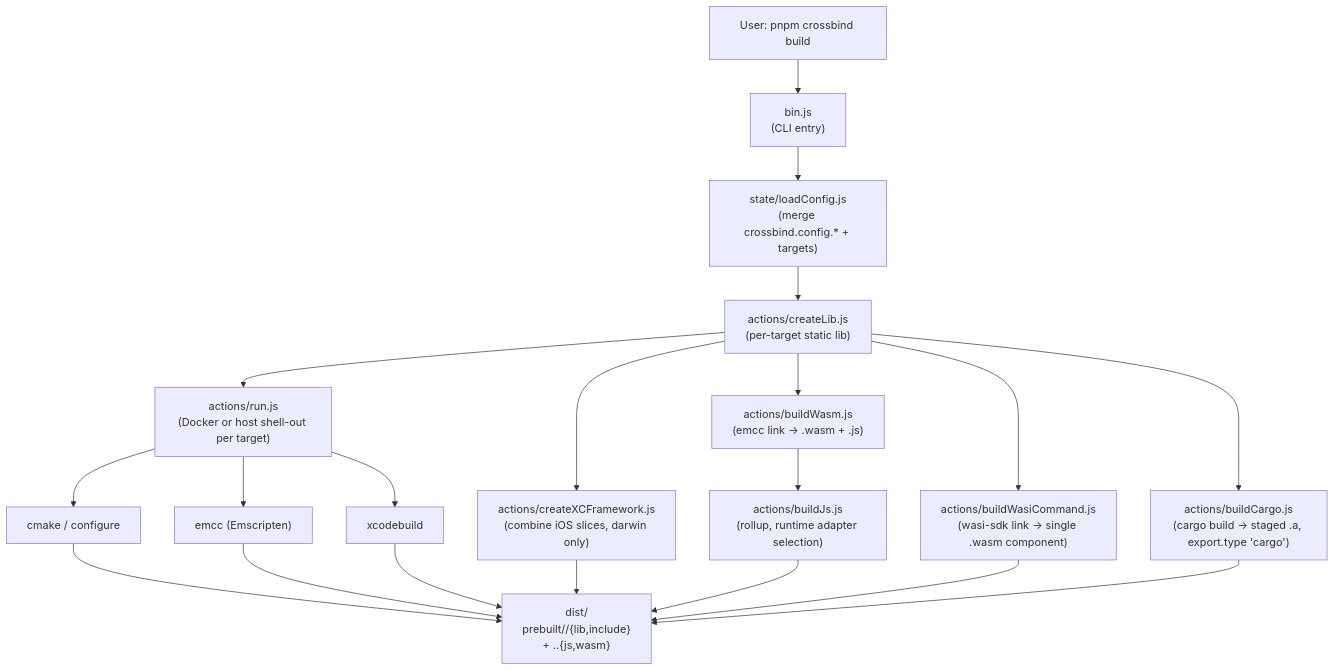
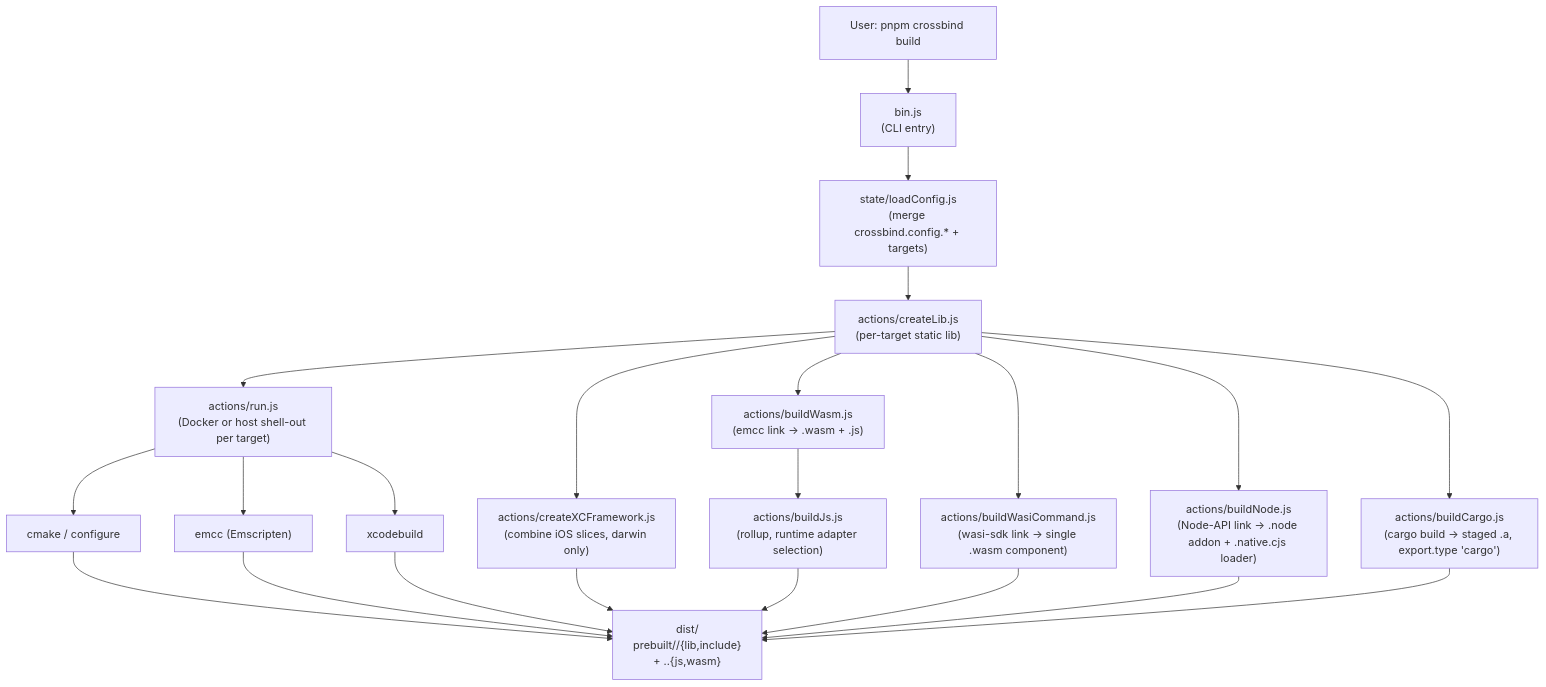
One commit to crossbind/crossbind changed the first of 3 diagrams in docs/ARCHITECTURE.md. Above: the diagram before and after it, drawn with Mermaid. The commit also changed other lines of this file and 664 other files, not shown here.

````diff
--- a/docs/ARCHITECTURE.md
+++ b/docs/ARCHITECTURE.md
@@ -7,37 +7,40 @@
 ```mermaid
 flowchart TD
     User["User: pnpm crossbind build"]
     Bin["bin.js<br/>(CLI entry)"]
     State["state/loadConfig.js<br/>(merge crossbind.config.* + targets)"]
     BuildLib["actions/createLib.js<br/>(per-target static lib)"]
     XCFwk["actions/createXCFramework.js<br/>(combine iOS slices, darwin only)"]
     BuildWasm["actions/buildWasm.js<br/>(emcc link → .wasm + .js)"]
     BuildWasi["actions/buildWasiCommand.js<br/>(wasi-sdk link → single .wasm component)"]
+    BuildNode["actions/buildNode.js<br/>(Node-API link → .node addon + .native.cjs loader)"]
     BuildCargo["actions/buildCargo.js<br/>(cargo build → staged .a, export.type 'cargo')"]
     BuildJs["actions/buildJs.js<br/>(rollup, runtime adapter selection)"]
     Run["actions/run.js<br/>(Docker or host shell-out per target)"]
     Cmake["cmake / configure"]
     Emcc["emcc (Emscripten)"]
     Xcode["xcodebuild"]
     Dist["dist/<br/>prebuilt/<target>/{lib,include}<br/>+ <name>.<runtimeEnv>.{js,wasm}"]
 
     User --> Bin
     Bin --> State
     State --> BuildLib
     BuildLib --> Run
     BuildLib --> XCFwk
     BuildLib --> BuildWasm
     BuildLib --> BuildWasi
+    BuildLib --> BuildNode
     BuildLib --> BuildCargo
     BuildWasm --> BuildJs
     Run --> Cmake
     Run --> Emcc
     Run --> Xcode
     Cmake --> Dist
     Emcc --> Dist
     Xcode --> Dist
     XCFwk --> Dist
     BuildJs --> Dist
     BuildWasi --> Dist
+    BuildNode --> Dist
     BuildCargo --> Dist
 ```
````
